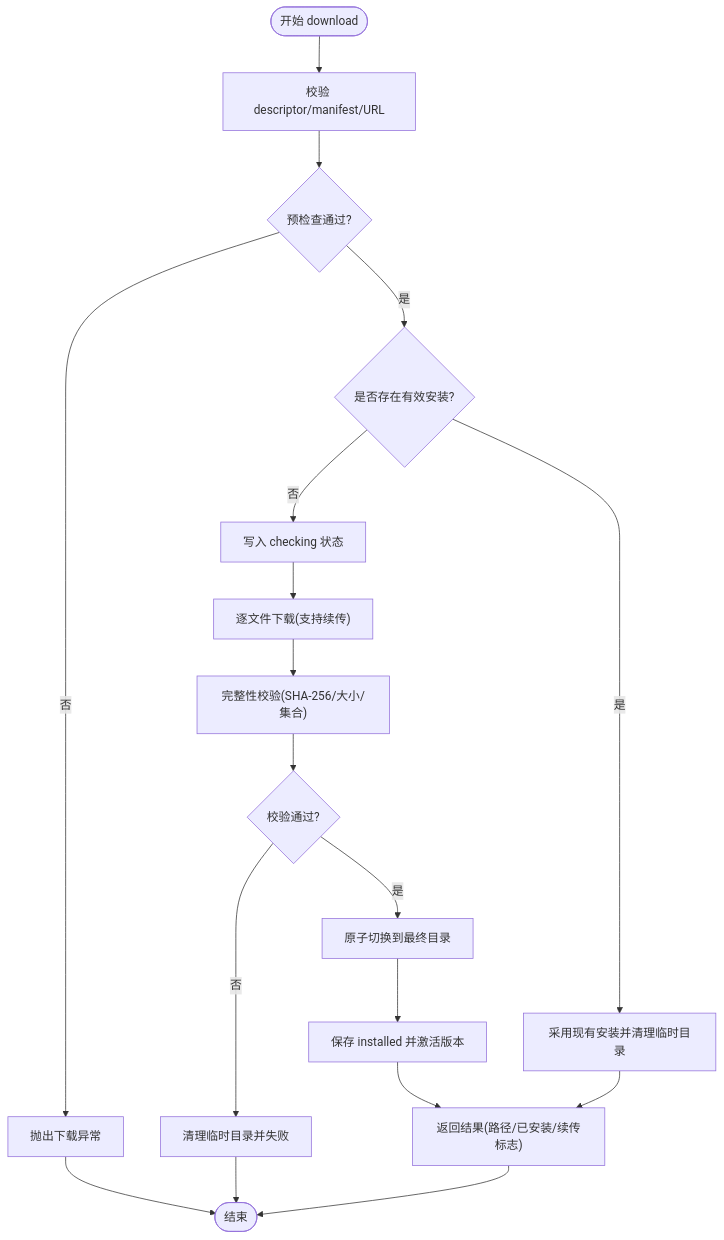
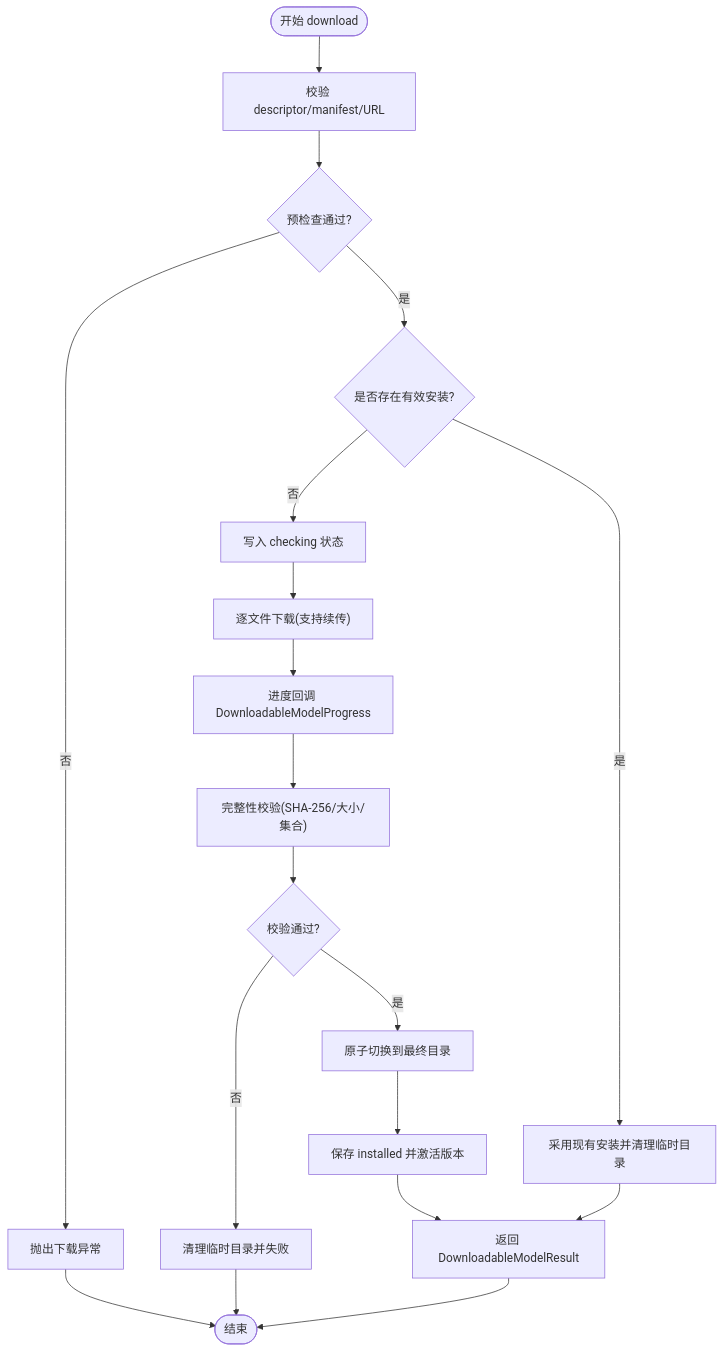
The sixth of 7 diagrams in .qoder/repowiki/zh/content/核心功能模块/模型管理系统.md (zhangheng2022/meet_trace), drawn with Mermaid before and after one commit. The commit also changed other lines of this file and 111 other files, not shown here.

````diff
--- a/.qoder/repowiki/zh/content/核心功能模块/模型管理系统.md
+++ b/.qoder/repowiki/zh/content/核心功能模块/模型管理系统.md
@@ -273,20 +350,21 @@
 ```mermaid
 flowchart TD
 Start(["开始 download"]) --> Validate["校验 descriptor/manifest/URL"]
 Validate --> Preflight{"预检查通过?"}
 Preflight --> |否| Error["抛出下载异常"]
 Preflight --> |是| CheckExisting{"是否存在有效安装?"}
 CheckExisting --> |是| Adopt["采用现有安装并清理临时目录"]
 CheckExisting --> |否| StateCheck["写入 checking 状态"]
 StateCheck --> DownloadLoop["逐文件下载(支持续传)"]
-DownloadLoop --> Verify["完整性校验(SHA-256/大小/集合)"]
+DownloadLoop --> Progress["进度回调 DownloadableModelProgress"]
+Progress --> Verify["完整性校验(SHA-256/大小/集合)"]
 Verify --> Commit{"校验通过?"}
 Commit --> |否| Fail["清理临时目录并失败"]
 Commit --> |是| AtomicCommit["原子切换到最终目录"]
 AtomicCommit --> SaveInstalled["保存 installed 并激活版本"]
-SaveInstalled --> Ready["返回结果(路径/已安装/续传标志)"]
+SaveInstalled --> Ready["返回 DownloadableModelResult"]
 Adopt --> Ready
 Error --> End(["结束"])
 Fail --> End
 Ready --> End
 ```
````
